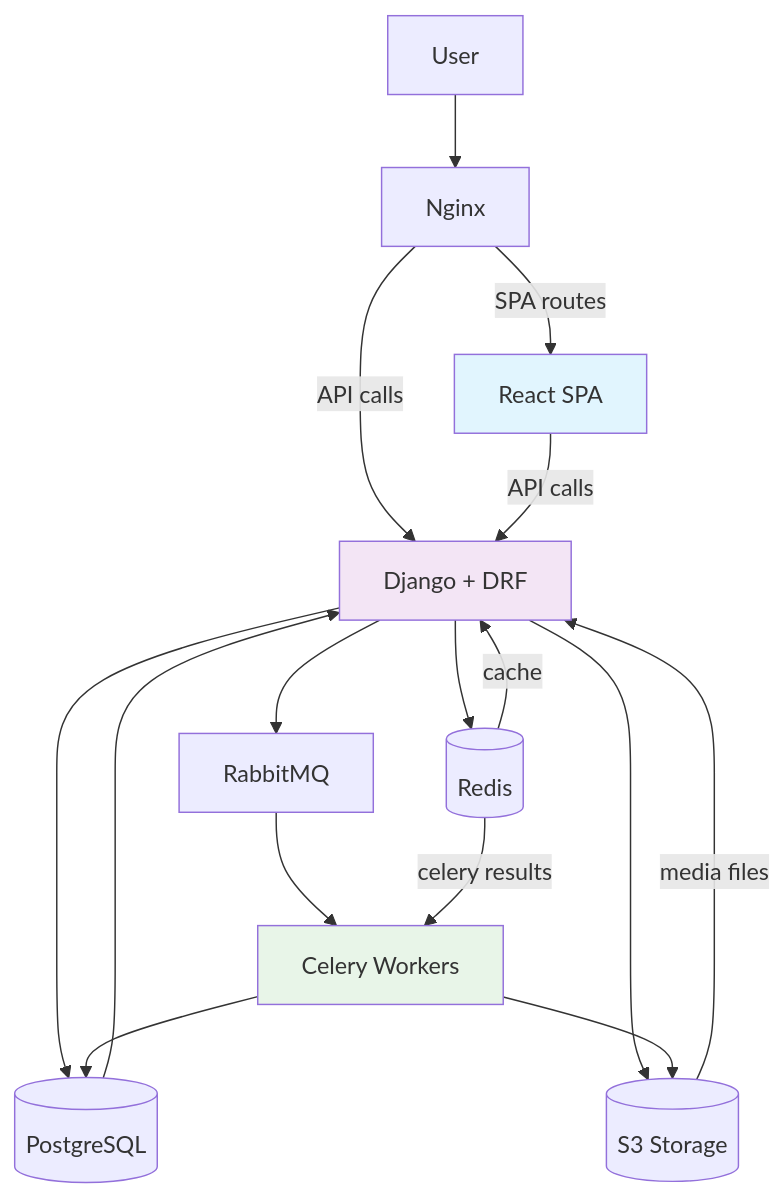
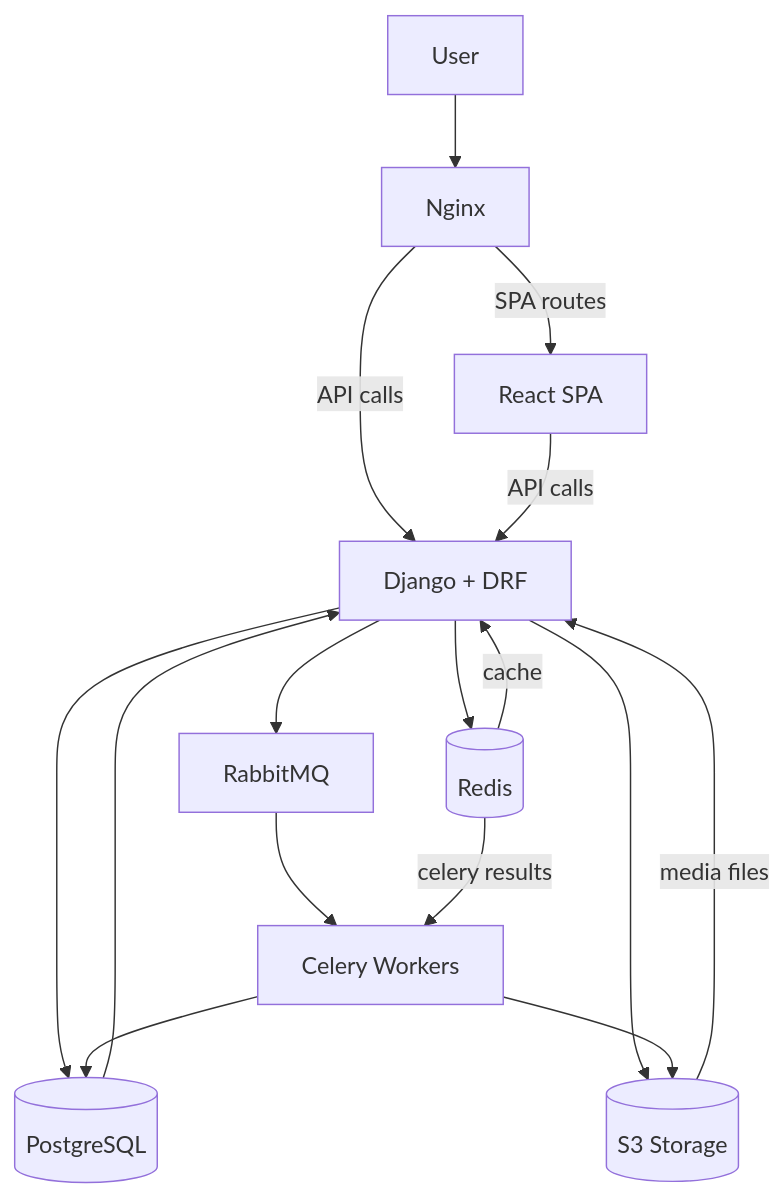
One commit to slime4ik/wall changed the diagram in README.md. Above: the diagram before and after it, drawn with Mermaid.

````diff
--- a/README.md
+++ b/README.md
@@ -24,27 +24,23 @@
 ```mermaid
 flowchart TD
     U[User] --> N[Nginx]
     N -->|API calls| D[Django + DRF]
     N -->|SPA routes| R[React SPA]
     
     R -->|API calls| D
     
     D --> P[(PostgreSQL)]
     D --> C[(Redis)]
     D --> S3[(S3 Storage)]
     D --> Q[RabbitMQ]
     
     Q --> W[Celery Workers]
     W --> S3
     W --> P
     
     C -->|cache| D
     C -->|celery results| W
     
     P --> D
     S3 -->|media files| D
-    
-    style R fill:#e1f5fe
-    style D fill:#f3e5f5
-    style W fill:#e8f5e8
 ```
````
